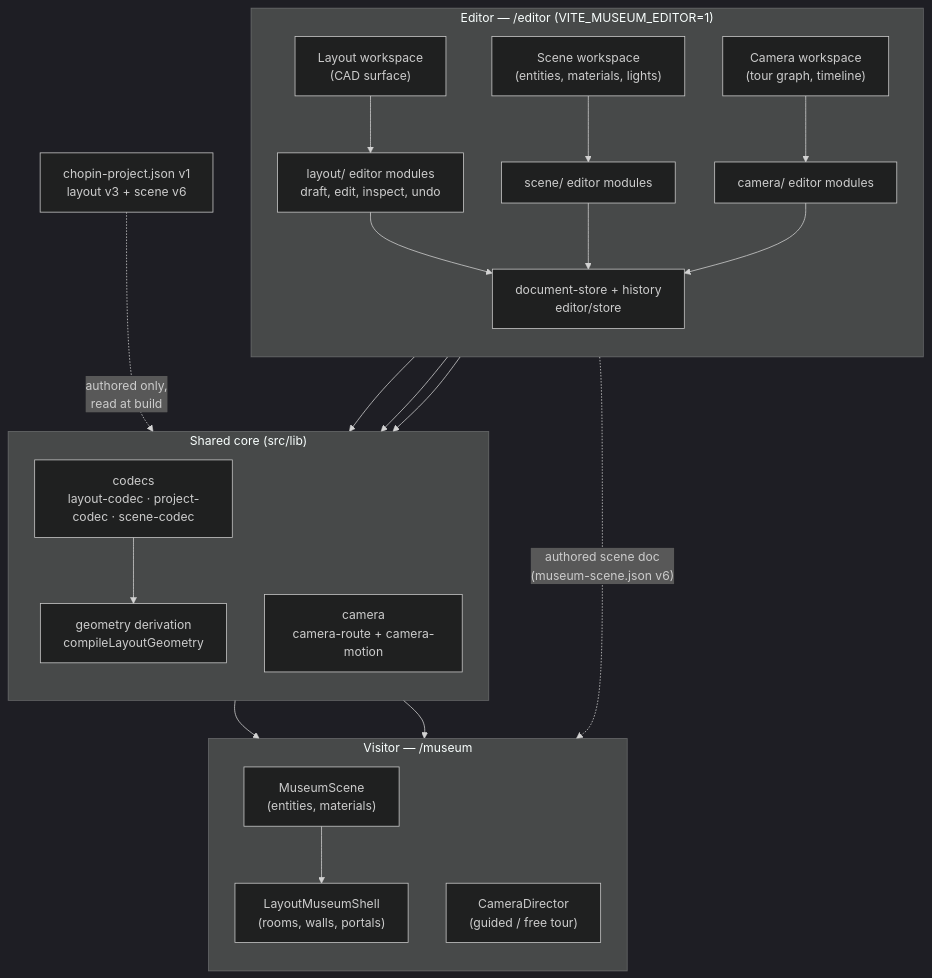
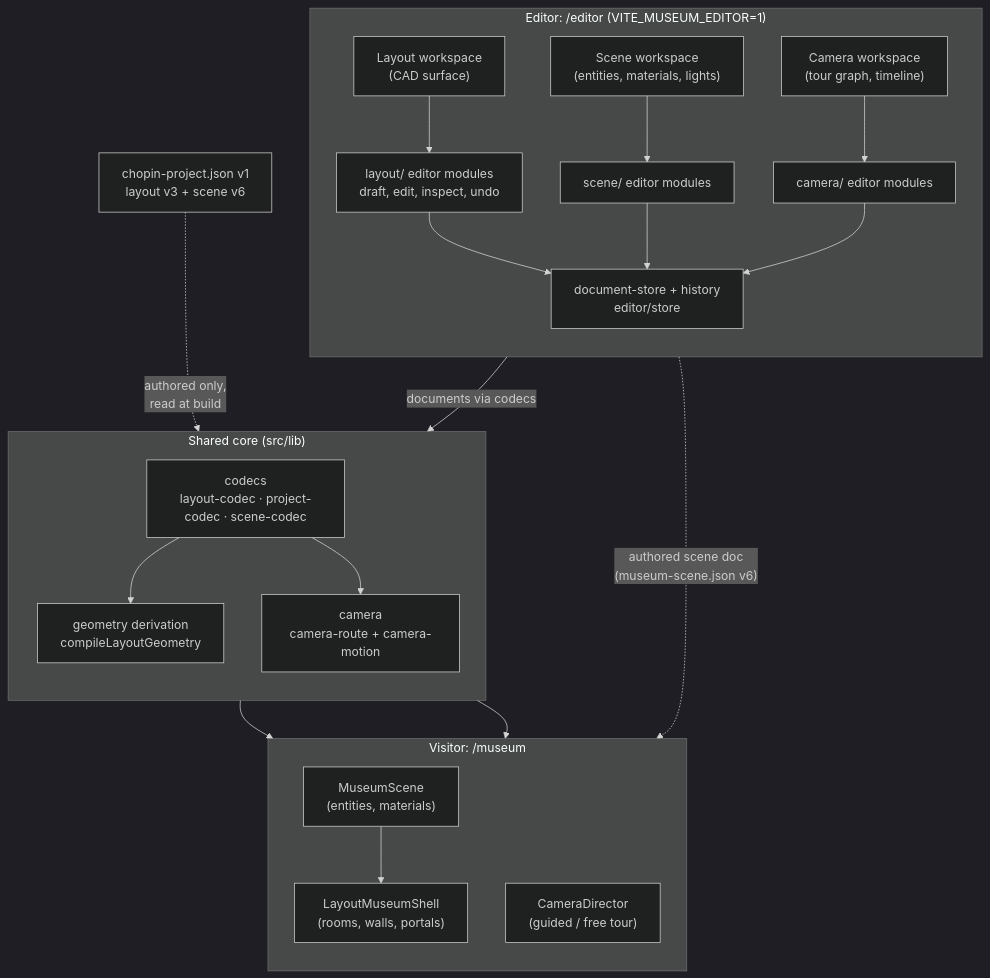
The first of 4 diagrams in diagrams/architecture.md (toni8699/Museum), drawn with Mermaid (dark theme) before and after one commit. The commit also changed other lines of this file and 1 other file, not shown here.

Commit message:
architecture update

````diff
--- a/diagrams/architecture.md
+++ b/diagrams/architecture.md
@@ -55,37 +55,36 @@
 ```mermaid
 flowchart TB
-    subgraph Editor["Editor — /editor (VITE_MUSEUM_EDITOR=1)"]
+    subgraph Editor["Editor: /editor (VITE_MUSEUM_EDITOR=1)"]
         direction TB
         E1["Layout workspace<br/>(CAD surface)"] --> LAYOUT["layout/ editor modules<br/>draft, edit, inspect, undo"]
         E2["Scene workspace<br/>(entities, materials, lights)"] --> SCENE["scene/ editor modules"]
         E3["Camera workspace<br/>(tour graph, timeline)"] --> CAM["camera/ editor modules"]
         LAYOUT --> DOCSTORE["document-store + history<br/>editor/store"]
         SCENE --> DOCSTORE
         CAM --> DOCSTORE
     end
 
     subgraph Core["Shared core (src/lib)"]
         direction TB
         CODEC["codecs<br/>layout-codec · project-codec · scene-codec"]
         COMP["geometry derivation<br/>compileLayoutGeometry"]
         CAMROUTE["camera<br/>camera-route + camera-motion"]
     end
 
-    subgraph Visitor["Visitor — /museum"]
+    subgraph Visitor["Visitor: /museum"]
         direction TB
         V1["LayoutMuseumShell<br/>(rooms, walls, portals)"]
         V2["MuseumScene<br/>(entities, materials)"]
         V3["CameraDirector<br/>(guided / free tour)"]
     end
 
-    DOCSTORE --> CODEC
+    Editor -->|"documents via codecs"| Core
     CODEC --> COMP
     COMP --> V1
-    CAM --> CAMROUTE
+    CODEC --> CAMROUTE
     CAMROUTE --> V3
-    DOCSTORE --> CAMROUTE
     V2 --> V1
     SCENE -. "authored scene doc<br/>(museum-scene.json v6)" .-> V2
 
     PERSIST["chopin-project.json v1<br/>layout v3 + scene v6"] -. "authored only,<br/>read at build" .-> CODEC
 ```
````
